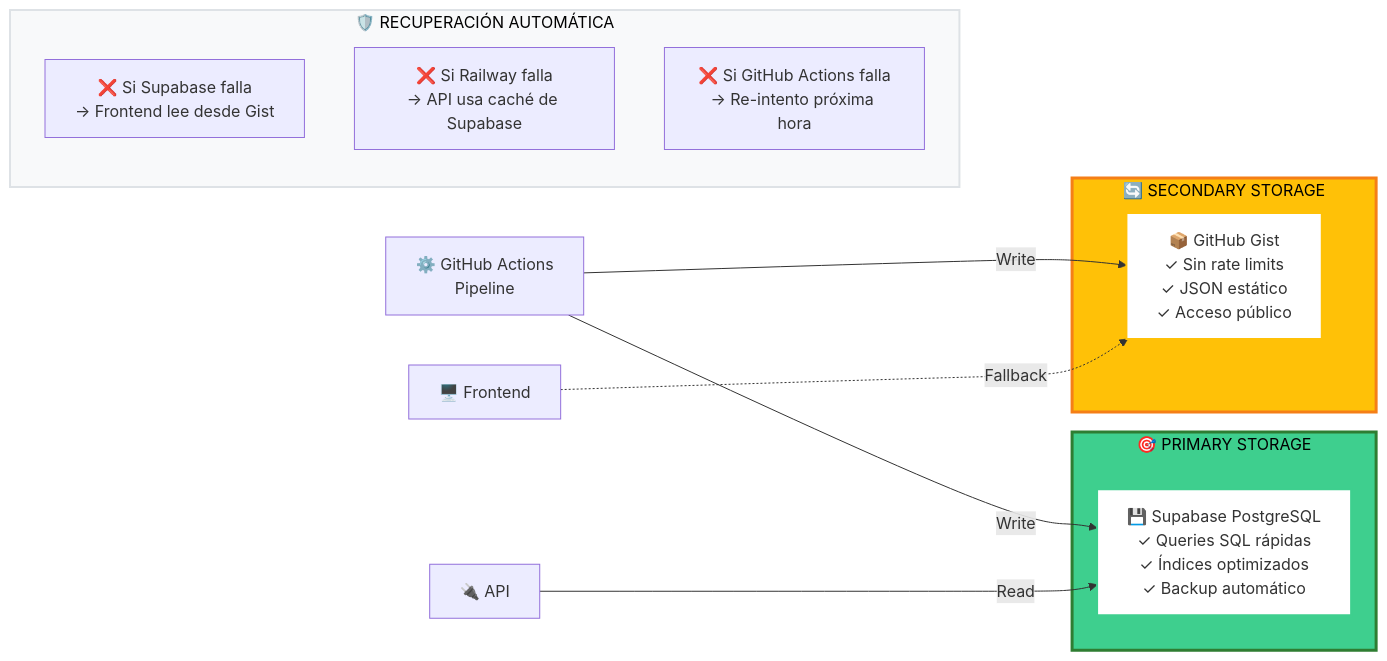
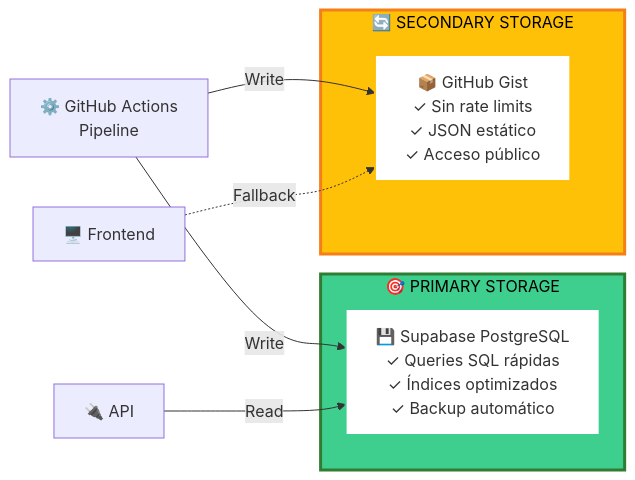
One commit to TM3-Corp/pudidi_cmg_prediction changed the third of 3 diagrams in docs/client/ARQUITECTURA_PLATAFORMA_RESUMEN.md. Above: the diagram before and after it, drawn with Mermaid.

Commit message:
Fix: Remove redundant recovery info from Mermaid diagram
Removed 'RECUPERACIÓN AUTOMÁTICA' subgraph from dual-write diagram
as it duplicates the text explanation below

🤖 Generated with [Claude Code](https://claude.com/claude-code)

````diff
--- a/docs/client/ARQUITECTURA_PLATAFORMA_RESUMEN.md
+++ b/docs/client/ARQUITECTURA_PLATAFORMA_RESUMEN.md
@@ -211,33 +211,26 @@
 ```mermaid
 flowchart LR
     Pipeline[⚙️ GitHub Actions<br/>Pipeline]
 
     subgraph Primary[" 🎯 PRIMARY STORAGE "]
         Supabase[💾 Supabase PostgreSQL<br/>✓ Queries SQL rápidas<br/>✓ Índices optimizados<br/>✓ Backup automático]
     end
 
     subgraph Secondary[" 🔄 SECONDARY STORAGE "]
         Gist[📦 GitHub Gist<br/>✓ Sin rate limits<br/>✓ JSON estático<br/>✓ Acceso público]
     end
 
     Frontend[🖥️ Frontend]
     API[🔌 API]
 
     Pipeline -->|Write| Supabase
     Pipeline -->|Write| Gist
 
     API -->|Read| Supabase
     Frontend -.->|Fallback| Gist
 
-    subgraph Recovery[" 🛡️ RECUPERACIÓN AUTOMÁTICA "]
-        R1[❌ Si Supabase falla<br/>→ Frontend lee desde Gist]
-        R2[❌ Si Railway falla<br/>→ API usa caché de Supabase]
-        R3[❌ Si GitHub Actions falla<br/>→ Re-intento próxima hora]
-    end
-
     style Primary fill:#3ECF8E,stroke:#2E7D32,stroke-width:3px,color:#000
     style Secondary fill:#FFC107,stroke:#F57F17,stroke-width:3px,color:#000
-    style Recovery fill:#f8f9fa,stroke:#dee2e6,stroke-width:2px,color:#000
     style Supabase fill:#fff,stroke:#3ECF8E,stroke-width:2px
     style Gist fill:#fff,stroke:#FFC107,stroke-width:2px
 ```
````
